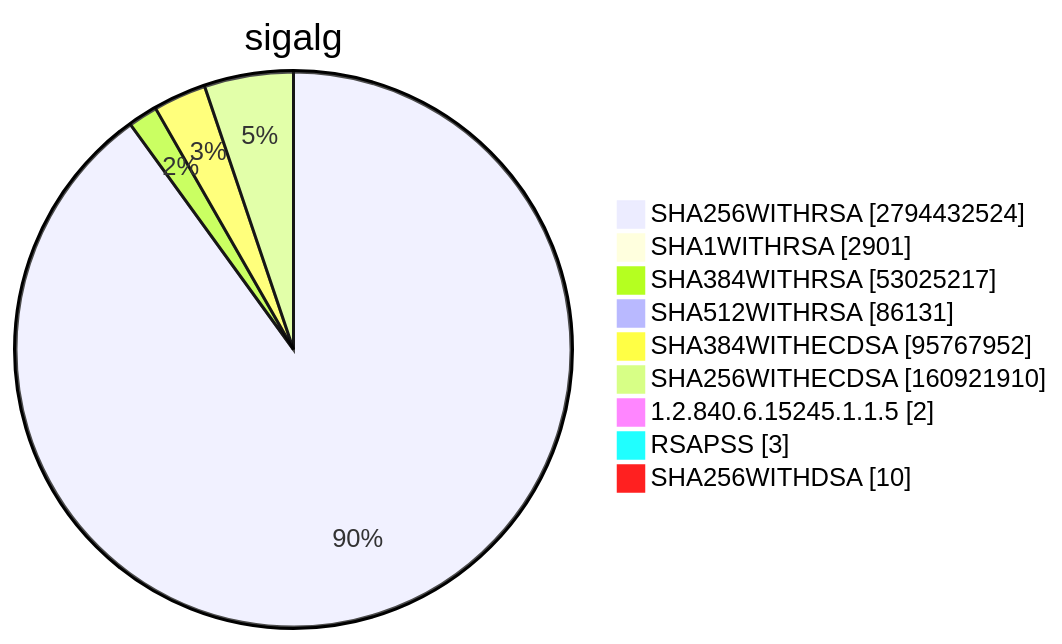
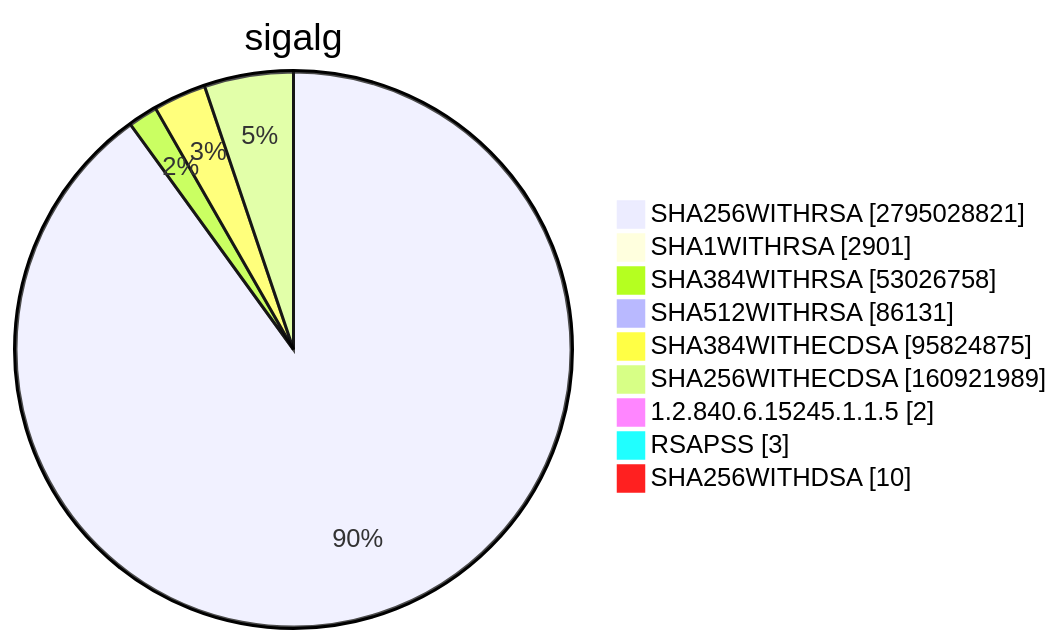
One commit to christiankrug/ctmonitor_visualization changed diagram 15 of 15 in TOTAL/README.md. Above: the diagram before and after it, drawn with Mermaid. The commit also changed other lines of this file, not shown here.

````diff
--- a/TOTAL/README.md
+++ b/TOTAL/README.md
@@ -6207,13 +6207,13 @@
 ```mermaid
 pie showData
 title sigalg
-"SHA256WITHRSA" :2794432524
+"SHA256WITHRSA" :2795028821
 "SHA1WITHRSA" :2901
-"SHA384WITHRSA" :53025217
+"SHA384WITHRSA" :53026758
 "SHA512WITHRSA" :86131
-"SHA384WITHECDSA" :95767952
-"SHA256WITHECDSA" :160921910
+"SHA384WITHECDSA" :95824875
+"SHA256WITHECDSA" :160921989
 "1.2.840.6.15245.1.1.5" :2
 "RSAPSS" :3
 "SHA256WITHDSA" :10
 ```
````
